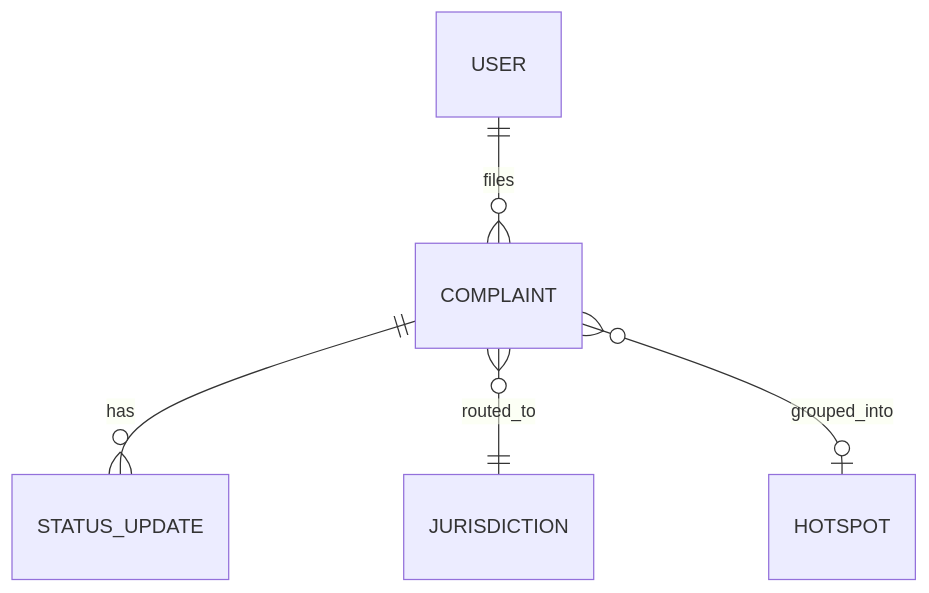
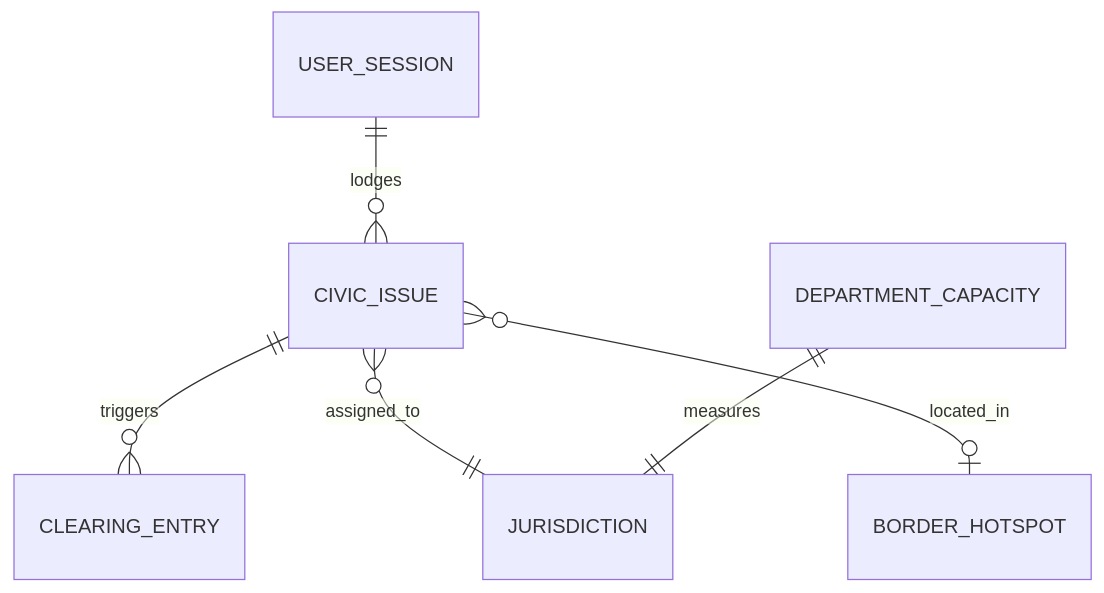
Before and after one commit to panavkbysani2011-jpg/HM26-2F61Submission: the second of 2 diagrams in docs/architecture.md, drawn with Mermaid. The commit also changed other lines of this file and 6 other files, not shown here.

Commit message:
docs: align AI tool disclosure and fill hackathon architecture and setup templates

````diff
--- a/docs/architecture.md
+++ b/docs/architecture.md
@@ -41,7 +67,8 @@
 ```mermaid
 erDiagram
-    COMPLAINT ||--o{ STATUS_UPDATE : has
-    COMPLAINT }o--|| JURISDICTION : routed_to
-    COMPLAINT }o--o| HOTSPOT : grouped_into
-    USER ||--o{ COMPLAINT : files
+    CIVIC_ISSUE ||--o{ CLEARING_ENTRY : triggers
+    CIVIC_ISSUE }o--|| JURISDICTION : assigned_to
+    CIVIC_ISSUE }o--o| BORDER_HOTSPOT : located_in
+    DEPARTMENT_CAPACITY ||--|| JURISDICTION : measures
+    USER_SESSION ||--o{ CIVIC_ISSUE : lodges
 ```
````
